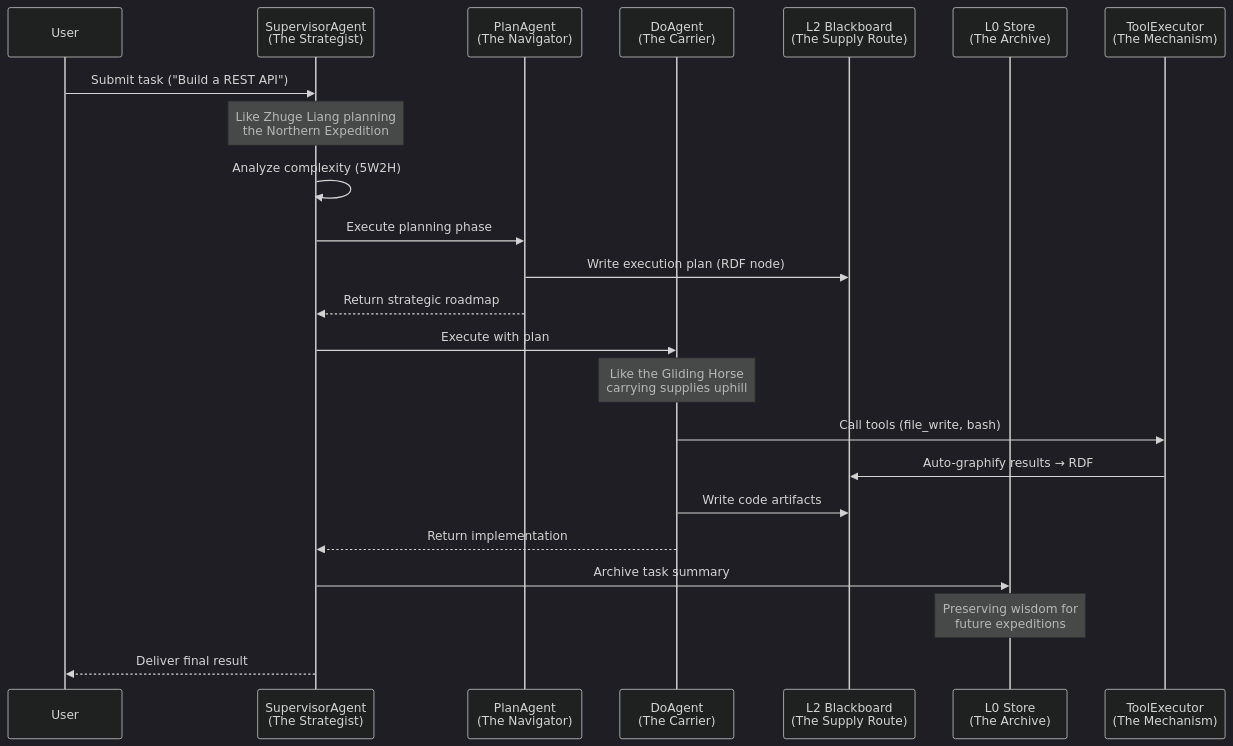
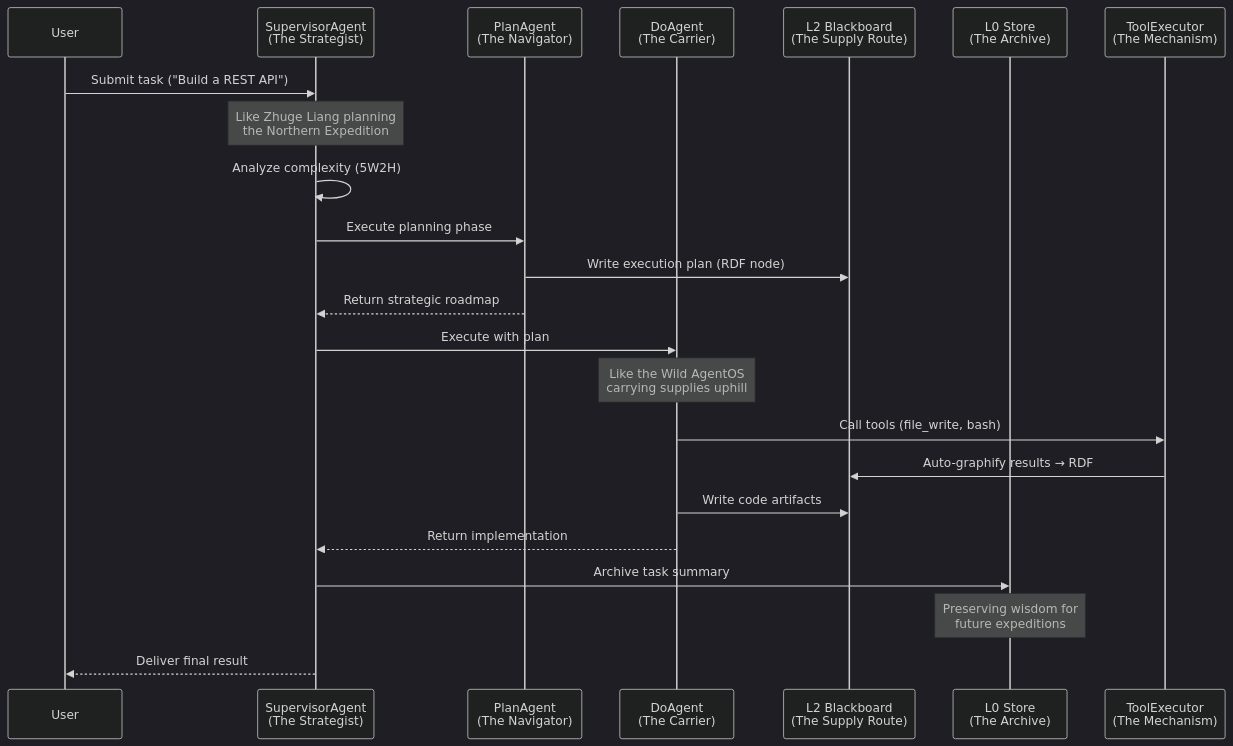
Before and after one commit to skaiy/Wild_AgentOS: diagram 17 of 17 in docs/DESIGN_DETAIL.md, drawn with Mermaid (dark theme). The commit also changed other lines of this file and 8 other files, not shown here.

Commit message:
docs: update brand name to Wild AgentOS (如野智能体操作系统) in design detail documents

````diff
--- a/docs/DESIGN_DETAIL.md
+++ b/docs/DESIGN_DETAIL.md
@@ -1095,26 +1095,26 @@
 ```mermaid
 sequenceDiagram
     participant User
     participant SA as SupervisorAgent<br/>(The Strategist)
     participant PA as PlanAgent<br/>(The Navigator)
     participant DA as DoAgent<br/>(The Carrier)
     participant L2 as L2 Blackboard<br/>(The Supply Route)
     participant L0 as L0 Store<br/>(The Archive)
     participant TE as ToolExecutor<br/>(The Mechanism)
     
     User->>SA: Submit task ("Build a REST API")
     Note over SA: Like Zhuge Liang planning<br/>the Northern Expedition
     SA->>SA: Analyze complexity (5W2H)
     SA->>PA: Execute planning phase
     PA->>L2: Write execution plan (RDF node)
     PA-->>SA: Return strategic roadmap
     SA->>DA: Execute with plan
-    Note over DA: Like the Gliding Horse<br/>carrying supplies uphill
+    Note over DA: Like the Wild AgentOS<br/>carrying supplies uphill
     DA->>TE: Call tools (file_write, bash)
     TE->>L2: Auto-graphify results → RDF
     DA->>L2: Write code artifacts
     DA-->>SA: Return implementation
     SA->>L0: Archive task summary
     Note over L0: Preserving wisdom for<br/>future expeditions
     SA-->>User: Deliver final result
 ```
````
